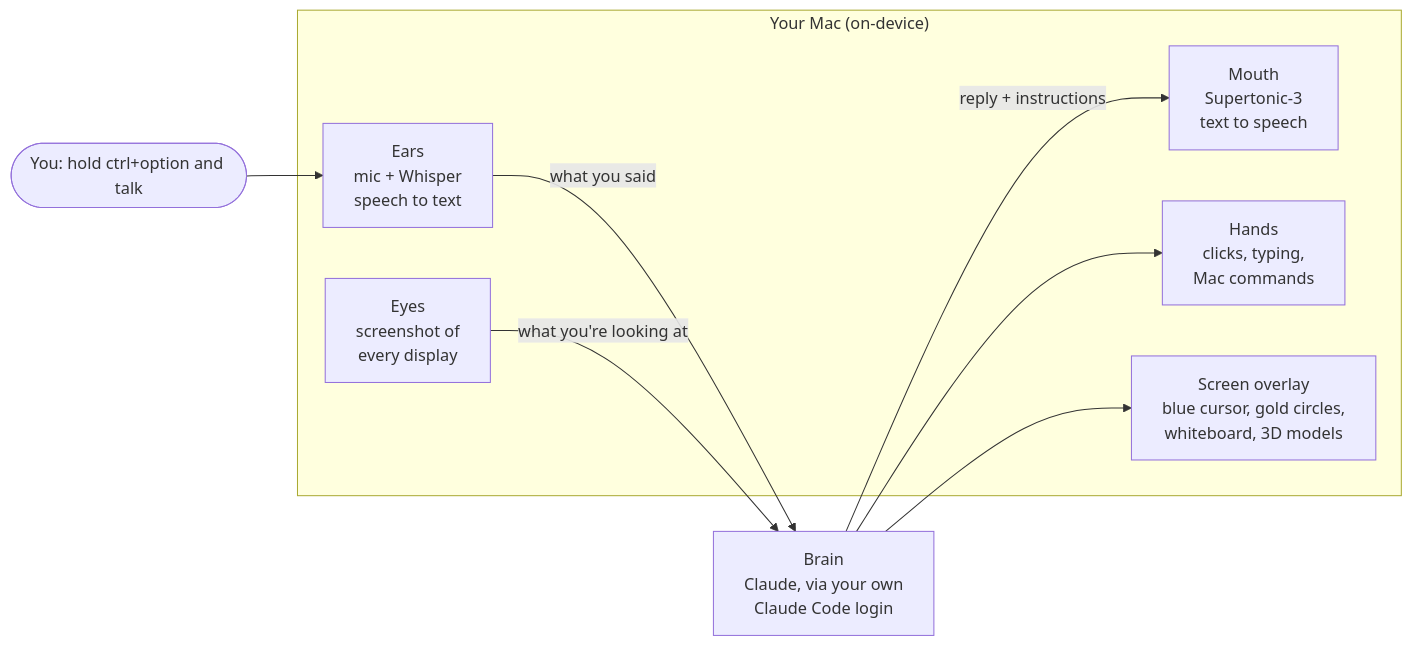
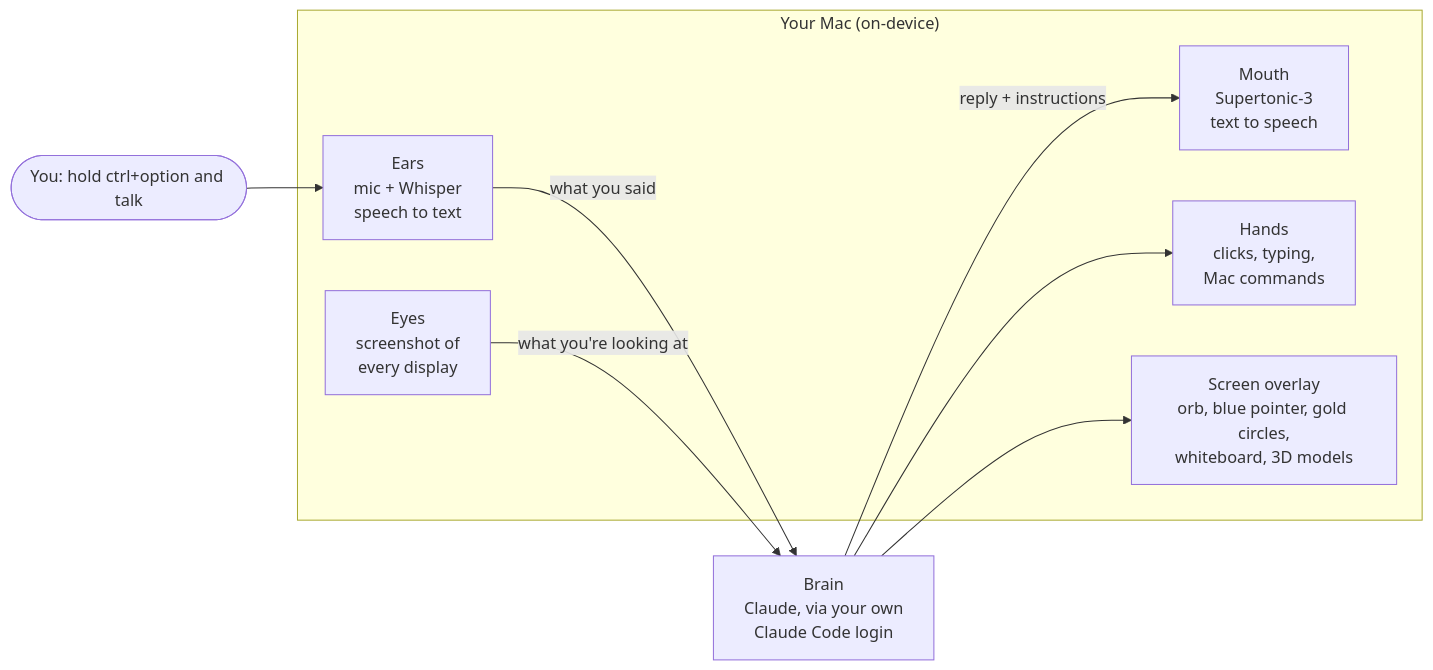
One commit to c0mpli/hellobhai changed the first of 2 diagrams in docs/architecture.md. Above: the diagram before and after it, drawn with Mermaid. The commit also changed other lines of this file and 18 other files, not shown here.

First line of the commit message:
feat: replace the mouse-following cursor with a draggable orb

````diff
--- a/docs/architecture.md
+++ b/docs/architecture.md
@@ -7,20 +7,20 @@
 ```mermaid
 flowchart LR
     You(["You: hold ctrl+option and talk"]) --> Ears
 
     subgraph Mac["Your Mac (on-device)"]
         Ears["Ears<br/>mic + Whisper<br/>speech to text"]
         Eyes["Eyes<br/>screenshot of<br/>every display"]
         Voice["Mouth<br/>Supertonic-3<br/>text to speech"]
         Hands["Hands<br/>clicks, typing,<br/>Mac commands"]
-        Screen["Screen overlay<br/>blue cursor, gold circles,<br/>whiteboard, 3D models"]
+        Screen["Screen overlay<br/>orb, blue pointer, gold circles,<br/>whiteboard, 3D models"]
     end
 
     Brain["Brain<br/>Claude, via your own<br/>Claude Code login"]
 
     Ears -- "what you said" --> Brain
     Eyes -- "what you're looking at" --> Brain
     Brain -- "reply + instructions" --> Voice
     Brain --> Hands
     Brain --> Screen
 ```
````
